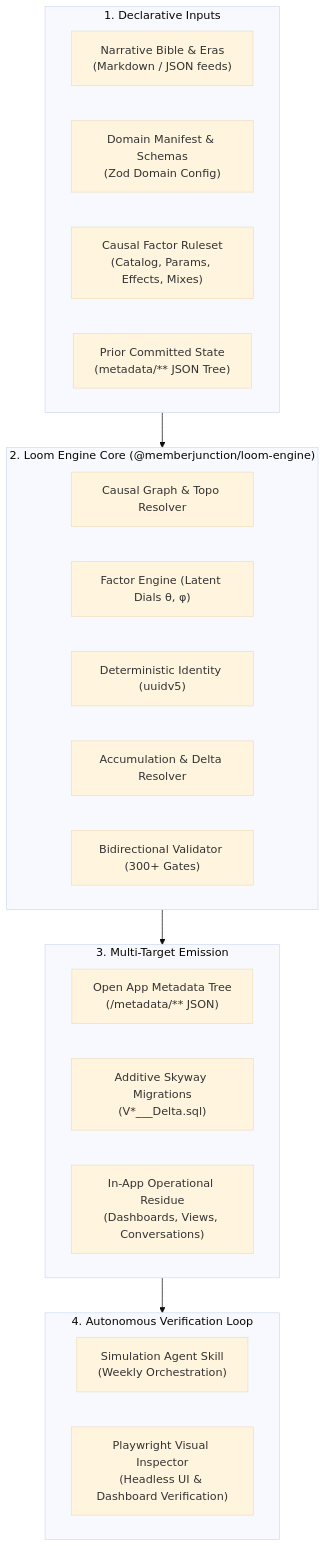
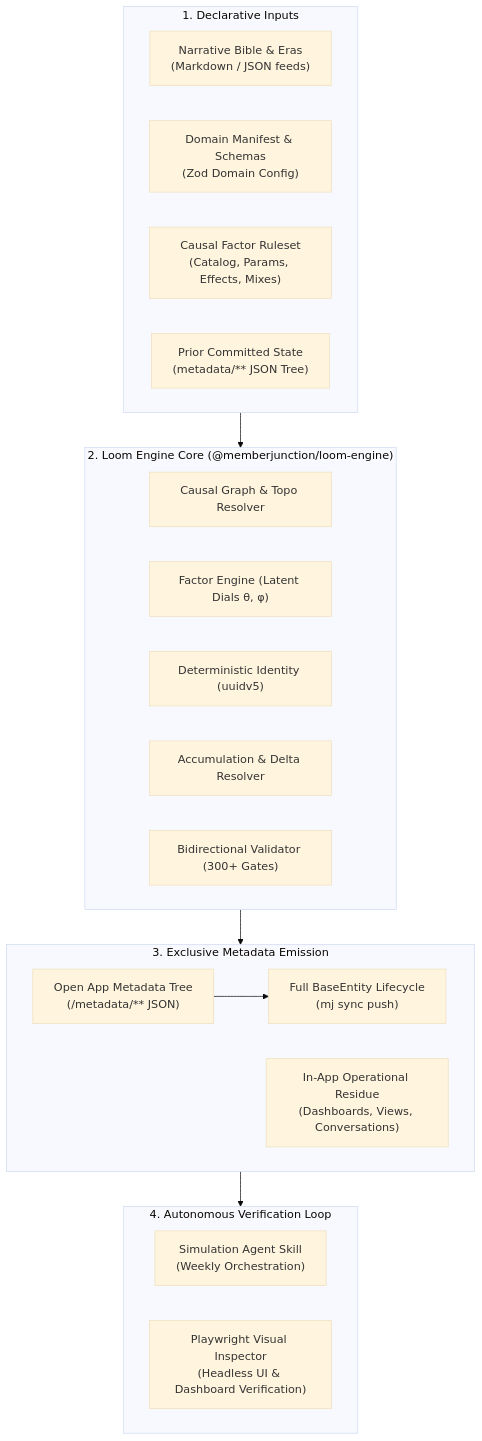
One commit to MemberJunction/loom changed the first of 2 diagrams in plans/loom-architecture-and-implementation-plan.md. Above: the diagram before and after it, drawn with Mermaid (base theme). The commit also changed other lines of this file and 5 other files, not shown here.

Commit message:
feat(engine): Codify Metadata as sole delivery engine (Invariant 8) & optional migrations

````diff
--- a/plans/loom-architecture-and-implementation-plan.md
+++ b/plans/loom-architecture-and-implementation-plan.md
@@ -58,32 +59,33 @@
 ```mermaid
 flowchart TD
     subgraph Inputs ["1. Declarative Inputs"]
         NC["Narrative Bible & Eras<br/>(Markdown / JSON feeds)"]
         DC["Domain Manifest & Schemas<br/>(Zod Domain Config)"]
         RS["Causal Factor Ruleset<br/>(Catalog, Params, Effects, Mixes)"]
         PS["Prior Committed State<br/>(metadata/** JSON Tree)"]
     end
 
     subgraph LoomCore ["2. Loom Engine Core (@memberjunction/loom-engine)"]
         CR["Causal Graph & Topo Resolver"]
         FR["Factor Engine (Latent Dials θ, φ)"]
         IS["Deterministic Identity (uuidv5)"]
         AR["Accumulation & Delta Resolver"]
         VR["Bidirectional Validator (300+ Gates)"]
     end
 
-    subgraph Emitters ["3. Multi-Target Emission"]
+    subgraph Emitters ["3. Exclusive Metadata Emission"]
         MS["Open App Metadata Tree<br/>(/metadata/** JSON)"]
-        SM["Additive Skyway Migrations<br/>(V*__<Cycle>_Delta.sql)"]
+        BE["Full BaseEntity Lifecycle<br/>(mj sync push)"]
         ARF["In-App Operational Residue<br/>(Dashboards, Views, Conversations)"]
     end
 
     subgraph VisualVerification ["4. Autonomous Verification Loop"]
         SKILL["Simulation Agent Skill<br/>(Weekly Orchestration)"]
         PW["Playwright Visual Inspector<br/>(Headless UI & Dashboard Verification)"]
     end
 
     Inputs --> LoomCore
     LoomCore --> Emitters
+    MS --> BE
     Emitters --> VisualVerification
 ```
````
